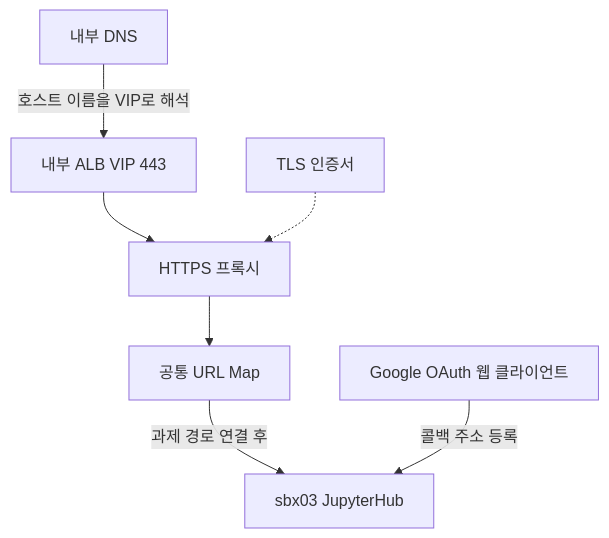
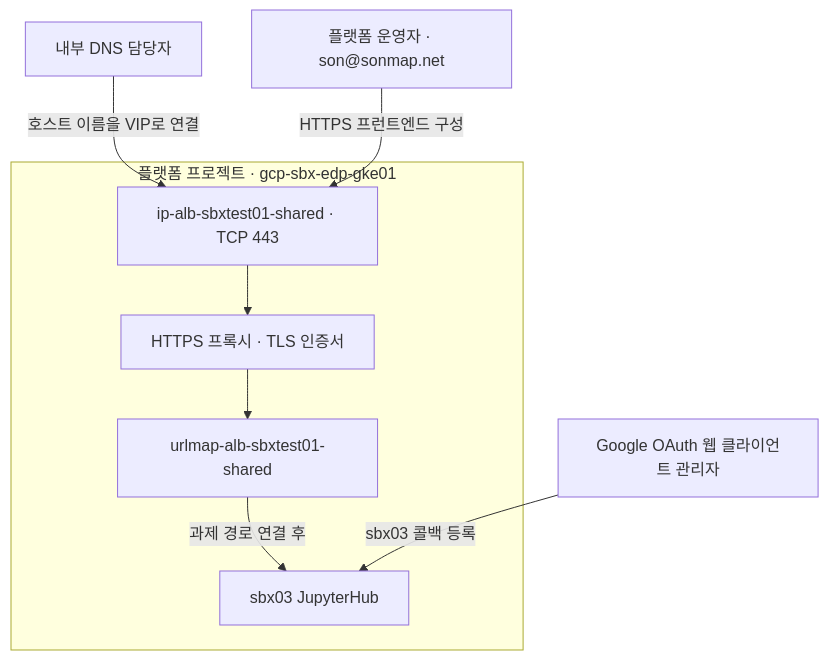
The seventh of 7 diagrams in 01.docs/01-infra-setup.md (sonmap/GCP_SBX_Test01), drawn with Mermaid before and after one commit. The commit also changed other lines of this file, not shown here.

Commit message:
Show project boundaries, resource names and operator roles in infrastructure diagrams

````diff
--- a/01.docs/01-infra-setup.md
+++ b/01.docs/01-infra-setup.md
@@ -673,9 +689,11 @@
 ```mermaid
 flowchart TD
-    D["내부 DNS"] -->|호스트 이름을 VIP로 해석| V["내부 ALB VIP 443"]
-    V --> P["HTTPS 프록시"]
-    C["TLS 인증서"] -.-> P
-    P --> U["공통 URL Map"]
-    U -->|과제 경로 연결 후| J["sbx03 JupyterHub"]
-    O["Google OAuth 웹 클라이언트"] -->|콜백 주소 등록| J
+    D["내부 DNS 담당자"] -->|호스트 이름을 VIP로 연결| V
+    O["플랫폼 운영자 · son@sonmap.net"] -->|HTTPS 프런트엔드 구성| V
+    subgraph P["플랫폼 프로젝트 · gcp-sbx-edp-gke01"]
+      V["ip-alb-sbxtest01-shared · TCP 443"] --> H["HTTPS 프록시 · TLS 인증서"]
+      H --> U["urlmap-alb-sbxtest01-shared"]
+      U -->|과제 경로 연결 후| J["sbx03 JupyterHub"]
+    end
+    C["Google OAuth 웹 클라이언트 관리자"] -->|sbx03 콜백 등록| J
 ```
````
